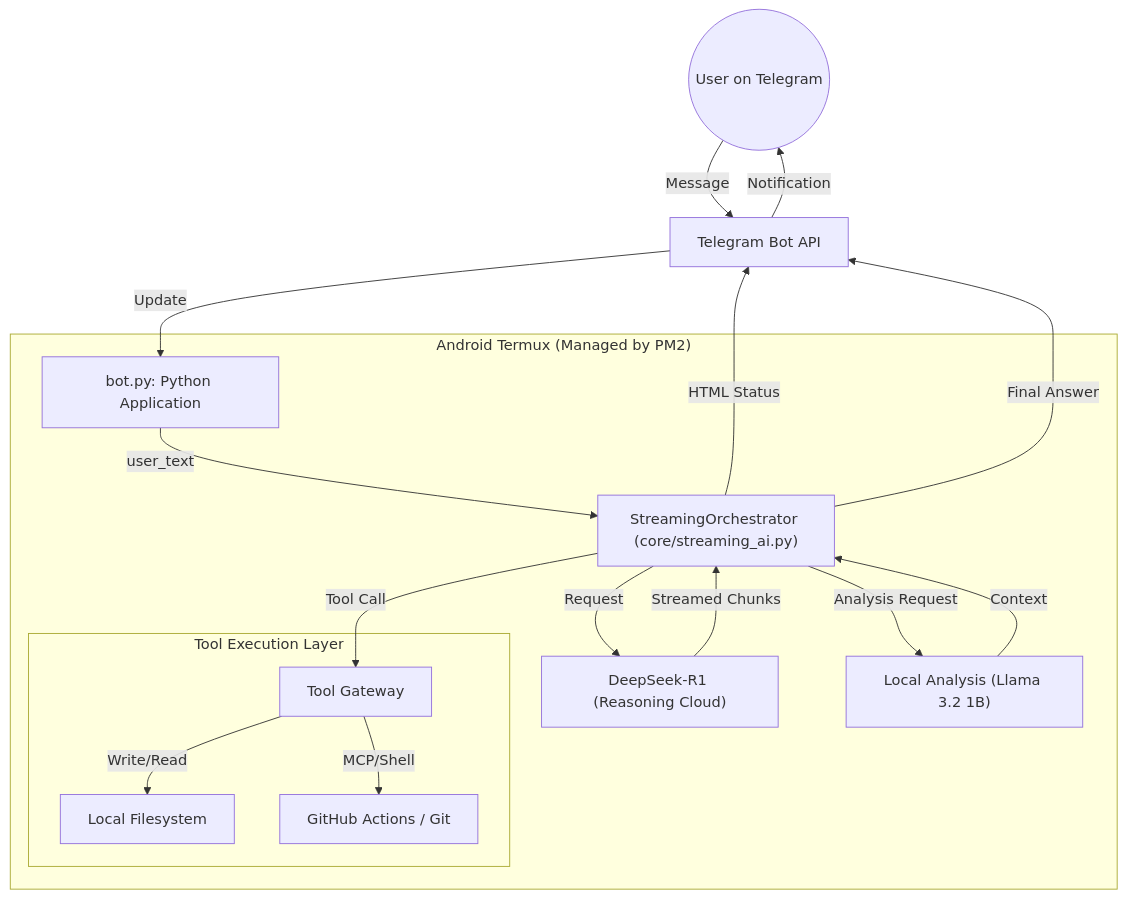
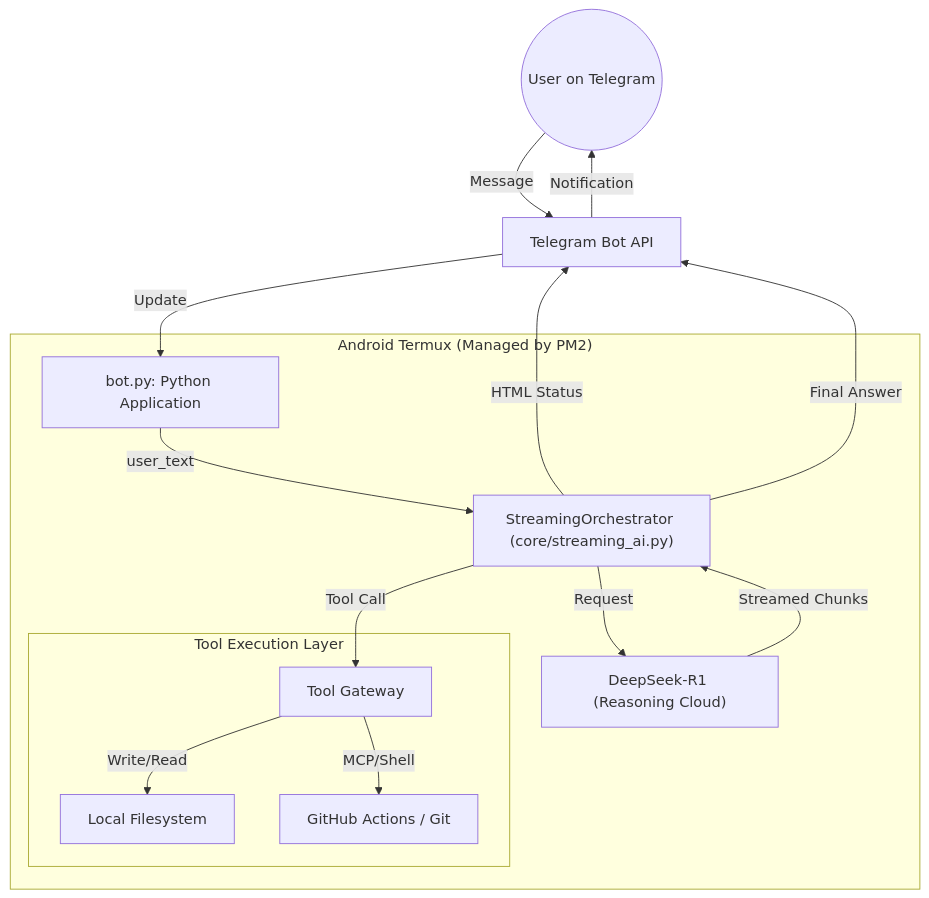
Before and after one commit to nguyenthong123/bot-dunvex-phone: the first of 2 diagrams in ARCHITECTURE.md, drawn with Mermaid. The commit also changed other lines of this file and 19 other files, not shown here.

````diff
--- a/ARCHITECTURE.md
+++ b/ARCHITECTURE.md
@@ -8,29 +8,25 @@
 ```mermaid
 graph TD
     %% User Interface
     User((User on Telegram)) -- Message --> TG[Telegram Bot API]
     TG -- Update --> Bot[bot.py: Python Application]
 
     %% Orchestration Layer
     subgraph "Android Termux (Managed by PM2)"
         Bot -- user_text --> Orchestrator["StreamingOrchestrator (core/streaming_ai.py)"]
         Orchestrator -- Request --> DS["DeepSeek-R1 (Reasoning Cloud)"]
         DS -- Streamed Chunks --> Orchestrator
-        
-        %% Local Analysis
-        Orchestrator -- Analysis Request --> LocalCoder["Local Analysis (Llama 3.2 1B)"]
-        LocalCoder -- Context --> Orchestrator
         
         %% Tool Execution
         Orchestrator -- Tool Call --> ToolManager[Tool Gateway]
         subgraph "Tool Execution Layer"
             ToolManager -- Write/Read --> FS[Local Filesystem]
             ToolManager -- MCP/Shell --> GitHub[GitHub Actions / Git]
         end
     end
 
     %% Feedback Loop
     Orchestrator -- HTML Status --> TG
     Orchestrator -- Final Answer --> TG
     TG -- Notification --> User
 ```
````
